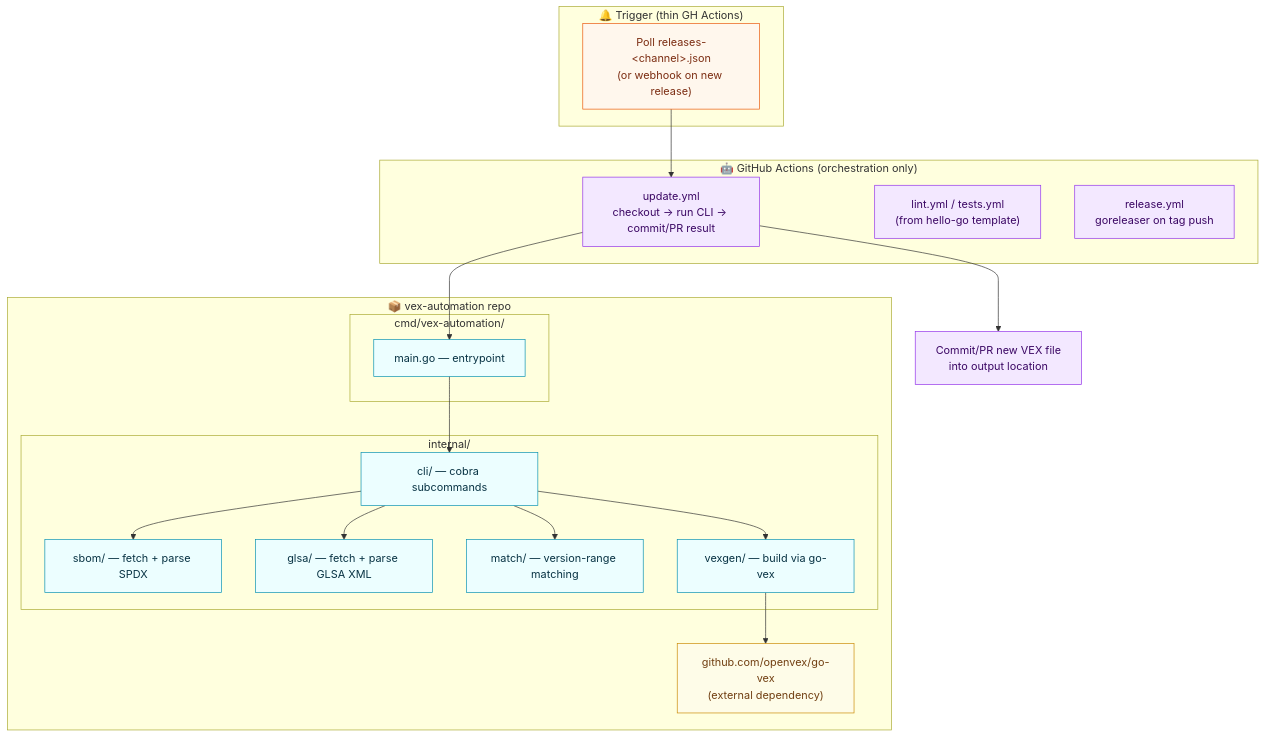
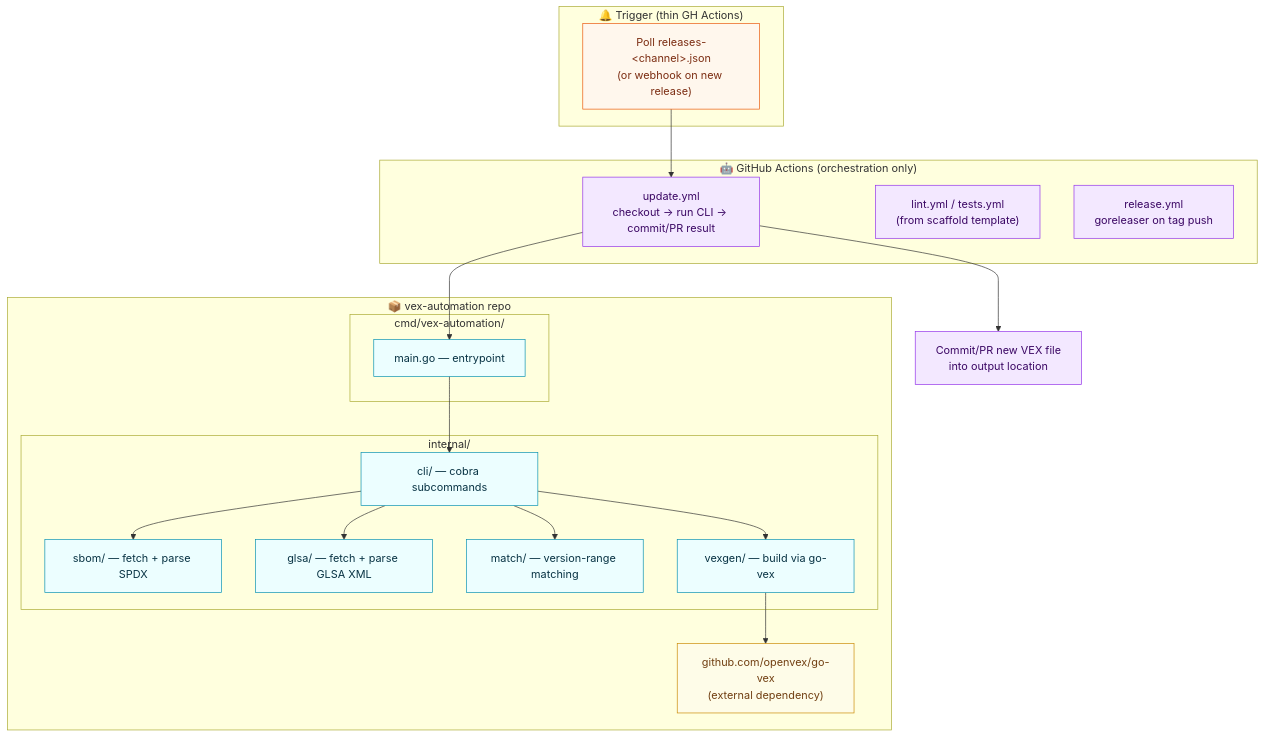
One commit to flatcar/vex-automation changed the second of 3 diagrams in docs/plan.md. Above: the diagram before and after it, drawn with Mermaid. The commit also changed other lines of this file and 1 other file, not shown here.

````diff
--- a/docs/plan.md
+++ b/docs/plan.md
@@ -110,43 +110,43 @@
 ```mermaid
 flowchart TD
     subgraph Trigger["🔔 Trigger (thin GH Actions)"]
         POLL["Poll releases-&lt;channel&gt;.json<br/>(or webhook on new release)"]
     end
 
     subgraph Repo["📦 vex-automation repo"]
         subgraph CmdLayer["cmd/vex-automation/"]
             MAIN["main.go — entrypoint"]
         end
         subgraph InternalLayer["internal/"]
             CLI_PKG["cli/ — cobra subcommands"]
             SBOM_PKG["sbom/ — fetch + parse SPDX"]
             GLSA_PKG["glsa/ — fetch + parse GLSA XML"]
             MATCH_PKG["match/ — version-range matching"]
             VEXGEN_PKG["vexgen/ — build via go-vex"]
         end
         GOVEX["github.com/openvex/go-vex<br/>(external dependency)"]
     end
 
     subgraph CI["🤖 GitHub Actions (orchestration only)"]
         WF1["update.yml<br/>checkout → run CLI → commit/PR result"]
-        WF2["lint.yml / tests.yml<br/>(from hello-go template)"]
+        WF2["lint.yml / tests.yml<br/>(from scaffold template)"]
         WF3["release.yml<br/>goreleaser on tag push"]
     end
 
     POLL --> WF1
     WF1 --> MAIN
     MAIN --> CLI_PKG
     CLI_PKG --> SBOM_PKG & GLSA_PKG & MATCH_PKG & VEXGEN_PKG
     VEXGEN_PKG --> GOVEX
     WF1 --> COMMIT["Commit/PR new VEX file<br/>into output location"]
 
     classDef trigger fill:#fff7ed,stroke:#ea580c,color:#7c2d12
     classDef repo fill:#ecfeff,stroke:#0891b2,color:#083344
     classDef ci fill:#f3e8ff,stroke:#9333ea,color:#3b0764
     classDef ext fill:#fefce8,stroke:#ca8a04,color:#713f12
 
     class POLL trigger
     class MAIN,CLI_PKG,SBOM_PKG,GLSA_PKG,MATCH_PKG,VEXGEN_PKG repo
     class WF1,WF2,WF3,COMMIT ci
     class GOVEX ext
 ```
````
